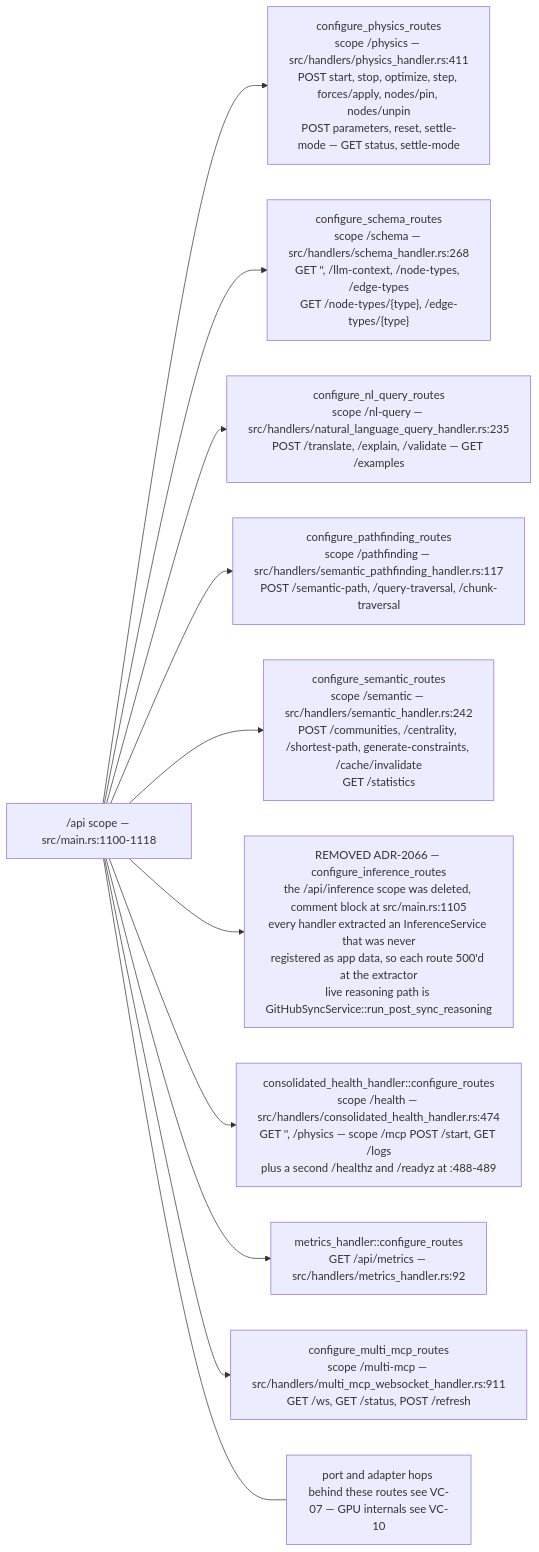
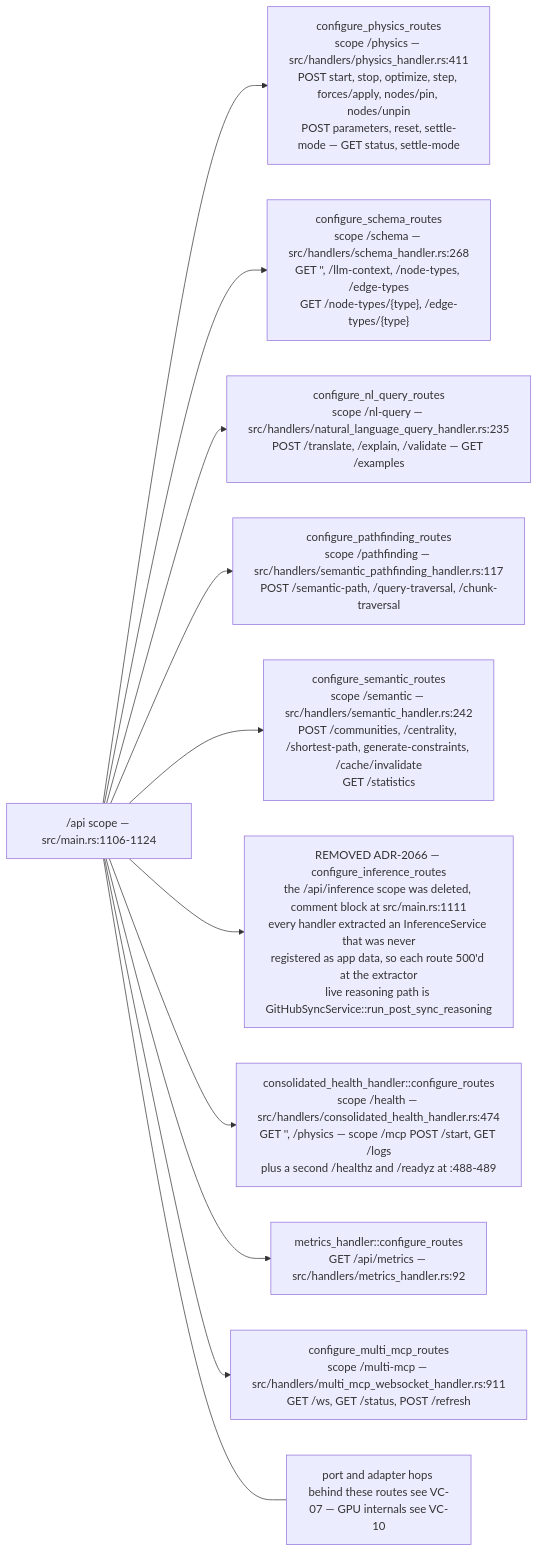
One commit to DreamLab-AI/VisionFlow changed diagram 12 of 15 in docs/diagrams/visionclaw/01-boot-and-app-state.md. Above: the diagram before and after it, drawn with Mermaid. The commit also changed other lines of this file and 32 other files, not shown here.

````diff
--- a/docs/diagrams/visionclaw/01-boot-and-app-state.md
+++ b/docs/diagrams/visionclaw/01-boot-and-app-state.md
@@ -457,15 +457,15 @@
 ```mermaid
 flowchart LR
-    S["/api scope — src/main.rs:1100-1118"]
+    S["/api scope — src/main.rs:1106-1124"]
     S --> P["configure_physics_routes<br/>scope /physics — src/handlers/physics_handler.rs:411<br/>POST start, stop, optimize, step, forces/apply, nodes/pin, nodes/unpin<br/>POST parameters, reset, settle-mode — GET status, settle-mode"]
     S --> SC["configure_schema_routes<br/>scope /schema — src/handlers/schema_handler.rs:268<br/>GET '', /llm-context, /node-types, /edge-types<br/>GET /node-types/{type}, /edge-types/{type}"]
     S --> NL["configure_nl_query_routes<br/>scope /nl-query — src/handlers/natural_language_query_handler.rs:235<br/>POST /translate, /explain, /validate — GET /examples"]
     S --> PF["configure_pathfinding_routes<br/>scope /pathfinding — src/handlers/semantic_pathfinding_handler.rs:117<br/>POST /semantic-path, /query-traversal, /chunk-traversal"]
     S --> SM["configure_semantic_routes<br/>scope /semantic — src/handlers/semantic_handler.rs:242<br/>POST /communities, /centrality, /shortest-path, generate-constraints, /cache/invalidate<br/>GET /statistics"]
-    S --> IN["REMOVED ADR-2066 — configure_inference_routes<br/>the /api/inference scope was deleted, comment block at src/main.rs:1105<br/>every handler extracted an InferenceService that was never<br/>registered as app data, so each route 500'd at the extractor<br/>live reasoning path is GitHubSyncService::run_post_sync_reasoning"]
+    S --> IN["REMOVED ADR-2066 — configure_inference_routes<br/>the /api/inference scope was deleted, comment block at src/main.rs:1111<br/>every handler extracted an InferenceService that was never<br/>registered as app data, so each route 500'd at the extractor<br/>live reasoning path is GitHubSyncService::run_post_sync_reasoning"]
     S --> HE["consolidated_health_handler::configure_routes<br/>scope /health — src/handlers/consolidated_health_handler.rs:474<br/>GET '', /physics — scope /mcp POST /start, GET /logs<br/>plus a second /healthz and /readyz at :488-489"]
     S --> ME["metrics_handler::configure_routes<br/>GET /api/metrics — src/handlers/metrics_handler.rs:92"]
     S --> MM["configure_multi_mcp_routes<br/>scope /multi-mcp — src/handlers/multi_mcp_websocket_handler.rs:911<br/>GET /ws, GET /status, POST /refresh"]
     N["port and adapter hops behind these routes see VC-07 — GPU internals see VC-10"]
     S --- N
 ```
````
